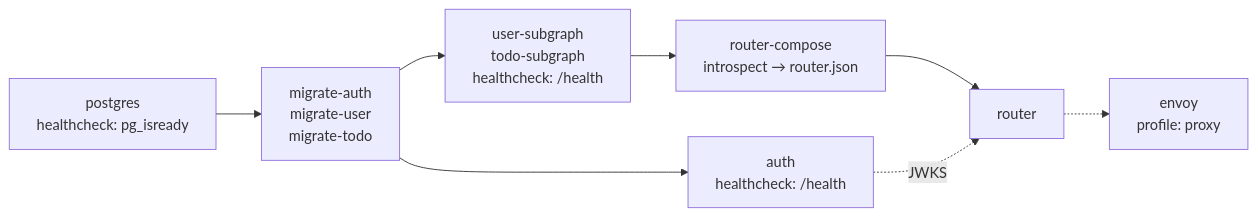
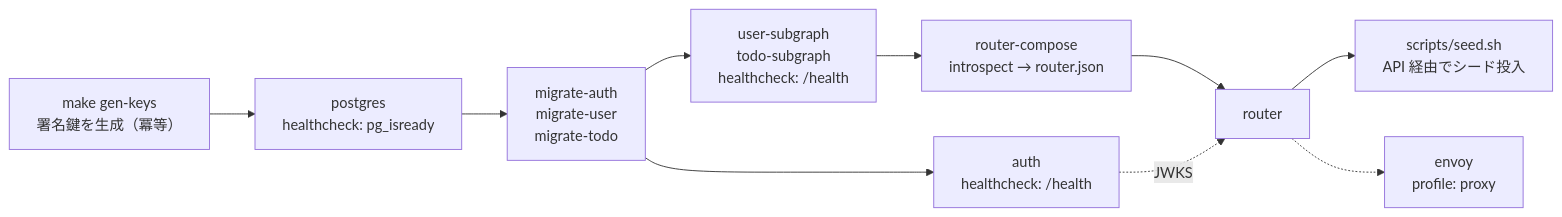
One commit to kayawari/graphql-todo changed the fifth of 6 diagrams in docs/design.md. Above: the diagram before and after it, drawn with Mermaid. The commit also changed other lines of this file and 76 other files, not shown here.

First line of the commit message:
add(graphql-todo): 設計書に沿ったバックエンドのスケルトンを実装 (#2)

````diff
--- a/docs/design.md
+++ b/docs/design.md
@@ -1034,10 +1073,12 @@
 ```mermaid
 flowchart LR
-    PG[postgres<br/>healthcheck: pg_isready] --> MIG[migrate-auth<br/>migrate-user<br/>migrate-todo]
+    KEY[make gen-keys<br/>署名鍵を生成（冪等）] --> PG[postgres<br/>healthcheck: pg_isready]
+    PG --> MIG[migrate-auth<br/>migrate-user<br/>migrate-todo]
     MIG --> AU[auth<br/>healthcheck: /health]
     MIG --> SG[user-subgraph<br/>todo-subgraph<br/>healthcheck: /health]
     SG --> RC[router-compose<br/>introspect → router.json]
     RC --> RT[router]
     AU -.->|JWKS| RT
+    RT --> SEED[scripts/seed.sh<br/>API 経由でシード投入]
     RT -.-> EV[envoy<br/>profile: proxy]
 ```
````
